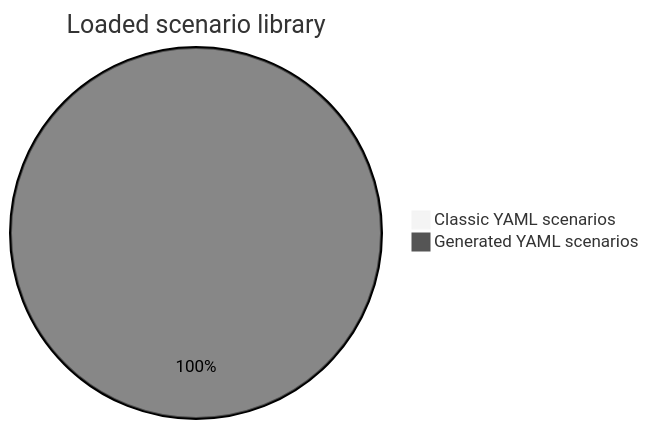
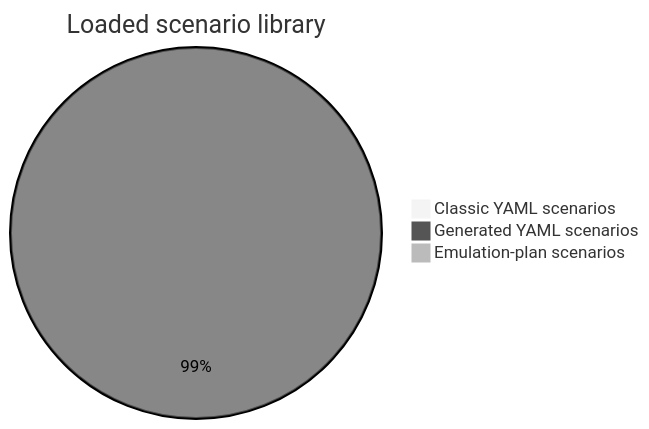
Before and after one commit to omarbabba779xx/APT-Simulator: the third of 5 diagrams in README.md, drawn with Mermaid (neutral theme). The commit also changed other lines of this file and 572 other files, not shown here.

````diff
--- a/README.md
+++ b/README.md
@@ -64,5 +71,6 @@
 ```mermaid
 pie title Loaded scenario library
     "Classic YAML scenarios" : 11
     "Generated YAML scenarios" : 2500
+    "Emulation-plan scenarios" : 11
 ```
````
